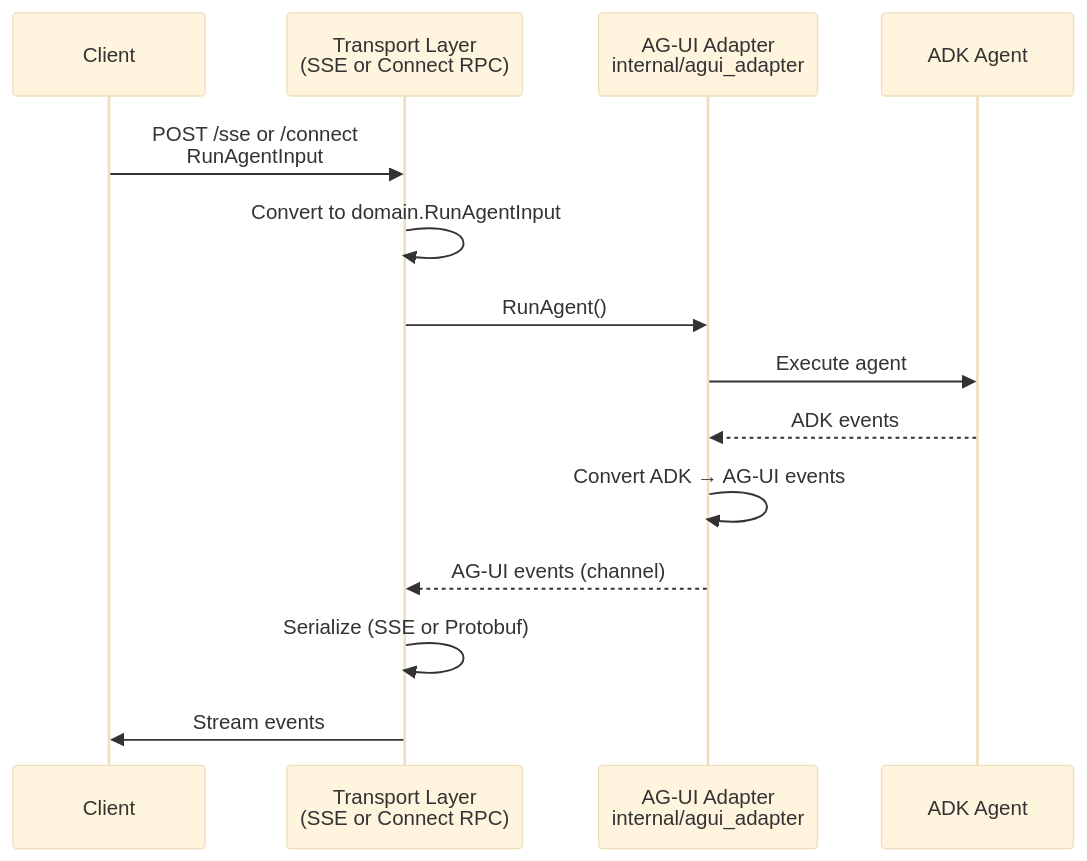
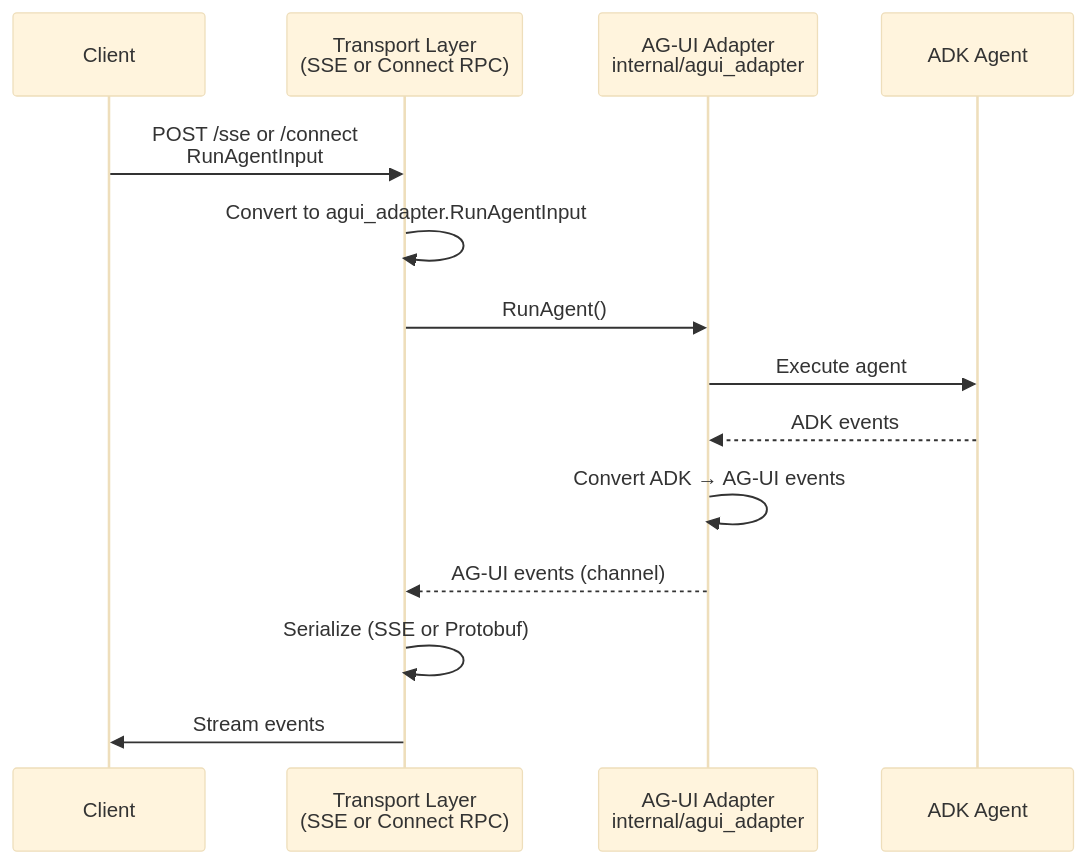
One commit to alejomartinez8/chatbot-demo changed the diagram in agent-go-ag-ui/README.md. Above: the diagram before and after it, drawn with Mermaid (base theme). The commit also changed 6 other files, not shown here.

First line of the commit message:
refactor: consolidate AG-UI protocol logic in agui_adapter

````diff
--- a/agent-go-ag-ui/README.md
+++ b/agent-go-ag-ui/README.md
@@ -54,17 +54,17 @@
 ```mermaid
 sequenceDiagram
     participant Client
     participant Transport as Transport Layer<br/>(SSE or Connect RPC)
     participant Adapter as AG-UI Adapter<br/>internal/agui_adapter
     participant ADK as ADK Agent
     
     Client->>Transport: POST /sse or /connect<br/>RunAgentInput
-    Transport->>Transport: Convert to domain.RunAgentInput
+    Transport->>Transport: Convert to agui_adapter.RunAgentInput
     Transport->>Adapter: RunAgent()
     Adapter->>ADK: Execute agent
     ADK-->>Adapter: ADK events
     Adapter->>Adapter: Convert ADK → AG-UI events
     Adapter-->>Transport: AG-UI events (channel)
     Transport->>Transport: Serialize (SSE or Protobuf)
     Transport->>Client: Stream events
 ```
````
